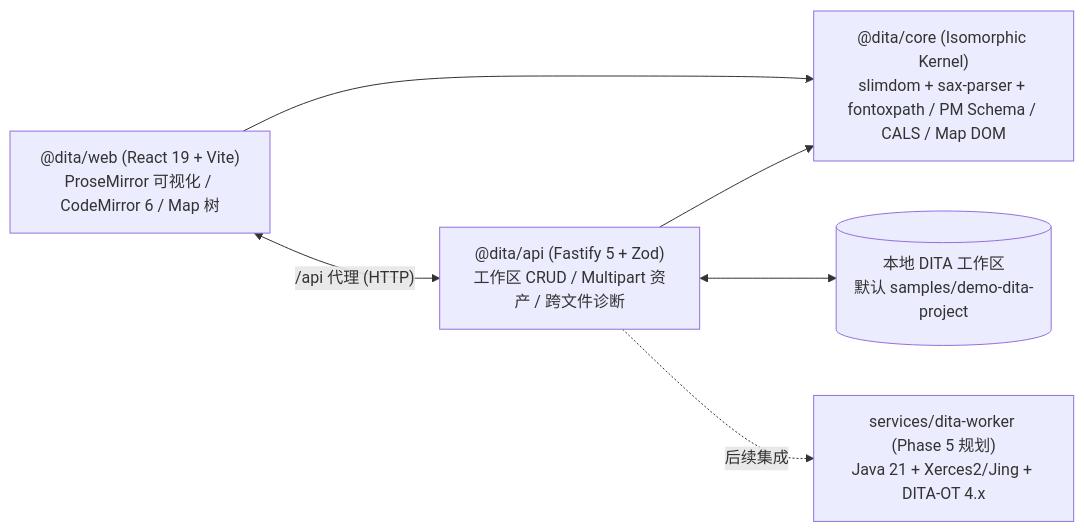
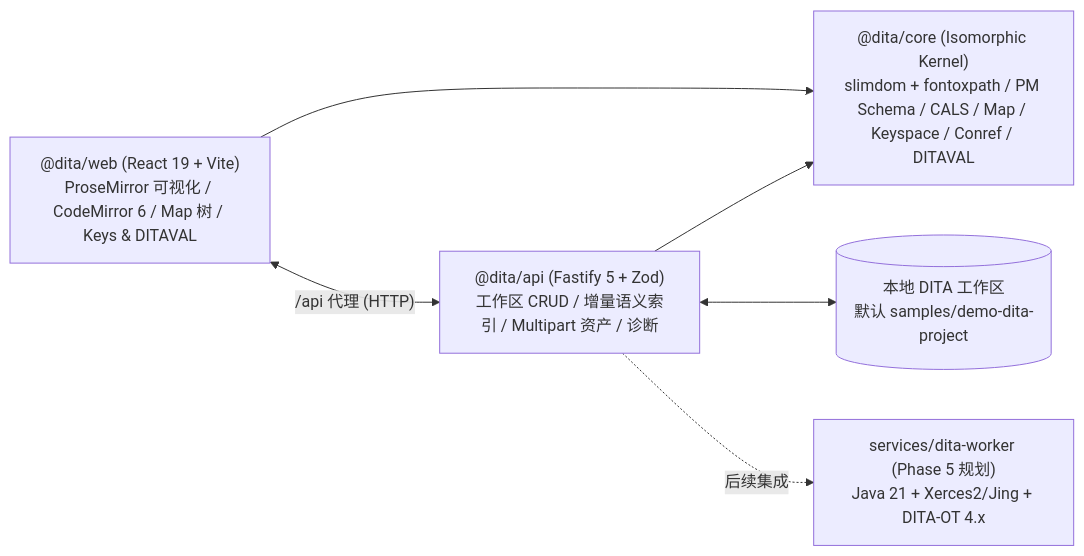
Before and after one commit to Ericfeng84/DITAEditor: the diagram in README.md, drawn with Mermaid. The commit also changed other lines of this file and 59 other files, not shown here.

Commit message:
feat(phase-3): single-sourcing semantic engine (Keyspace, Conref DFS cycle detection, DITAVAL) and docs update

````diff
--- a/README.md
+++ b/README.md
@@ -62,14 +76,14 @@
 ```mermaid
 flowchart LR
-    Web["@dita/web (React 19 + Vite)<br/>ProseMirror 可视化 / CodeMirror 6 / Map 树"]
-    API["@dita/api (Fastify 5 + Zod)<br/>工作区 CRUD / Multipart 资产 / 跨文件诊断"]
-    Core["@dita/core (Isomorphic Kernel)<br/>slimdom + sax-parser + fontoxpath / PM Schema / CALS / Map DOM"]
+    Web["@dita/web (React 19 + Vite)<br/>ProseMirror 可视化 / CodeMirror 6 / Map 树 / Keys & DITAVAL"]
+    API["@dita/api (Fastify 5 + Zod)<br/>工作区 CRUD / 增量语义索引 / Multipart 资产 / 诊断"]
+    Core["@dita/core (Isomorphic Kernel)<br/>slimdom + fontoxpath / PM Schema / CALS / Map / Keyspace / Conref / DITAVAL"]
     FS[("本地 DITA 工作区<br/>默认 samples/demo-dita-project")]
     Worker["services/dita-worker (Phase 5 规划)<br/>Java 21 + Xerces2/Jing + DITA-OT 4.x"]
 
     Web <-->|"/api 代理 (HTTP)"| API
     Web --> Core
     API --> Core
     API <--> FS
     API -.->|"后续集成"| Worker
 ```
````
